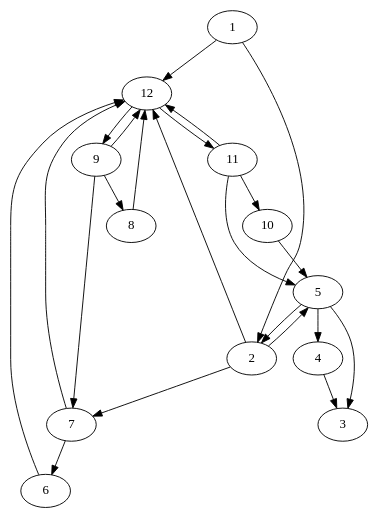
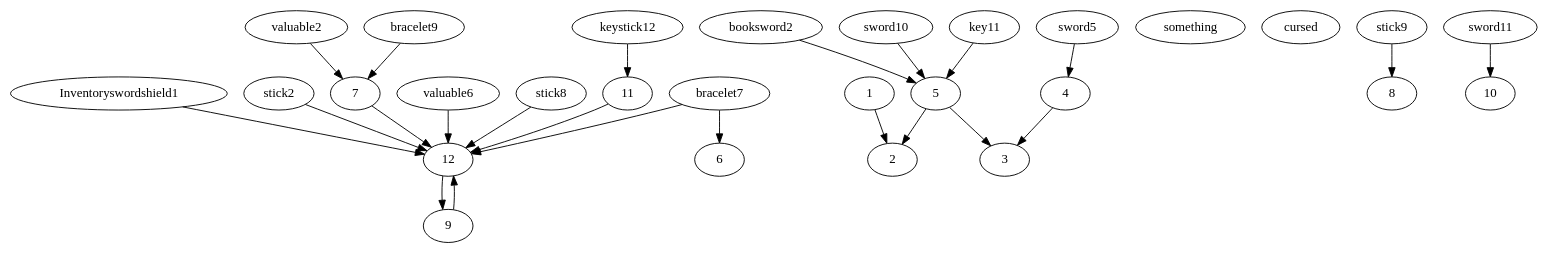
One commit to lifelike/gamebookformat changed the diagram in expected/items.dot. Above: the diagram before and after it, drawn with Graphviz. The commit also changed 14 other files, not shown here.

```diff
--- a/expected/items.dot
+++ b/expected/items.dot
@@ -1,36 +1,26 @@
 digraph gamebook {
 
- 1->12
-
+ Inventoryswordshield1->12
 1->2
-2->7
-
-2->12
-
-2->5
+stick2->12
+booksword2->5
+something valuable2->7
 4->3
+sword5->4
 5->2
-
-5->4
-
 5->3
-6->12
-7->6
-
+something valuable6->12
+cursed bracelet7->6
+cursed bracelet7->12
 7->12
-8->12
+stick8->12
+cursed bracelet9->7
 9->12
-
-9->7
-
-9->8
-10->5
-11->10
-
-11->5
-
+stick9->8
+sword10->5
+key11->5
+sword11->10
 11->12
+keystick12->11
 12->9
-
-12->11
 }
```
